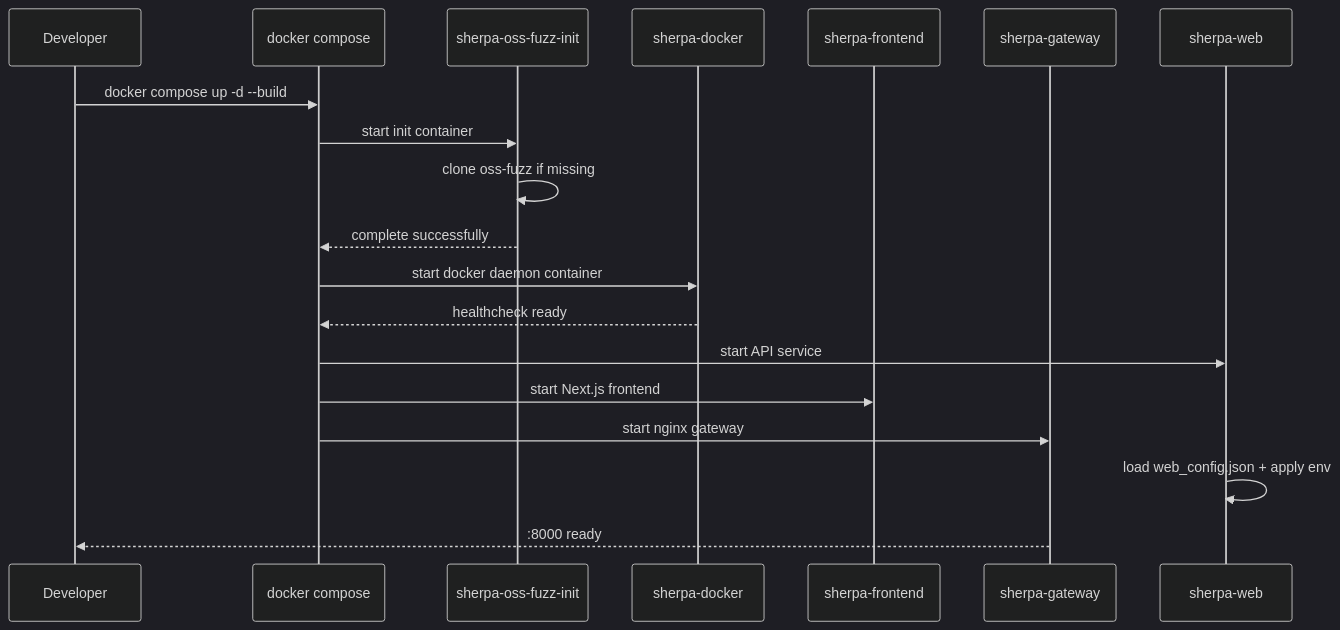
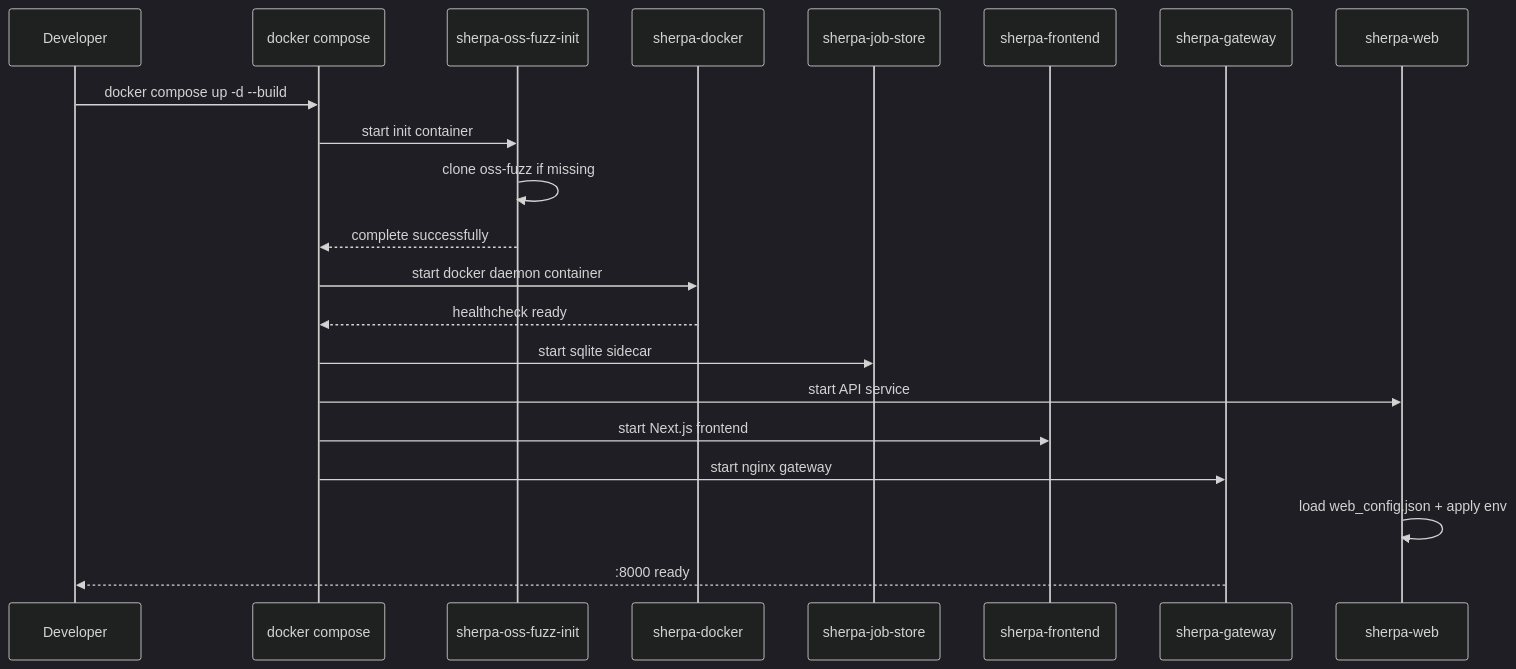
One commit to ZUENS2020/Sherpa changed the third of 12 diagrams in README.md. Above: the diagram before and after it, drawn with Mermaid (dark theme). The commit also changed other lines of this file and 8 other files, not shown here.

````diff
--- a/README.md
+++ b/README.md
@@ -87,22 +91,24 @@
 ```mermaid
 sequenceDiagram
   participant Dev as Developer
   participant DC as docker compose
   participant Init as sherpa-oss-fuzz-init
   participant Dind as sherpa-docker
+  participant Store as sherpa-job-store
   participant FE as sherpa-frontend
   participant GW as sherpa-gateway
   participant Web as sherpa-web
 
   Dev->>DC: docker compose up -d --build
   DC->>Init: start init container
   Init->>Init: clone oss-fuzz if missing
   Init-->>DC: complete successfully
   DC->>Dind: start docker daemon container
   Dind-->>DC: healthcheck ready
+  DC->>Store: start sqlite sidecar
   DC->>Web: start API service
   DC->>FE: start Next.js frontend
   DC->>GW: start nginx gateway
   Web->>Web: load web_config.json + apply env
   GW-->>Dev: :8000 ready
 ```
````
